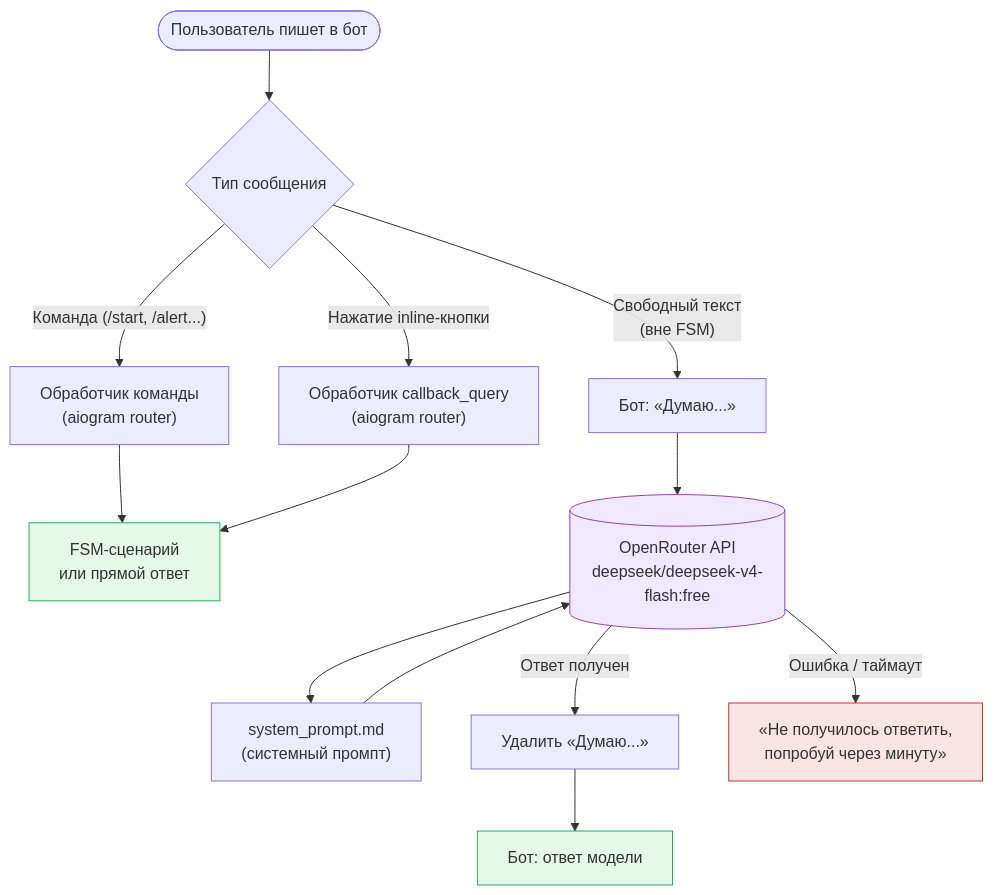
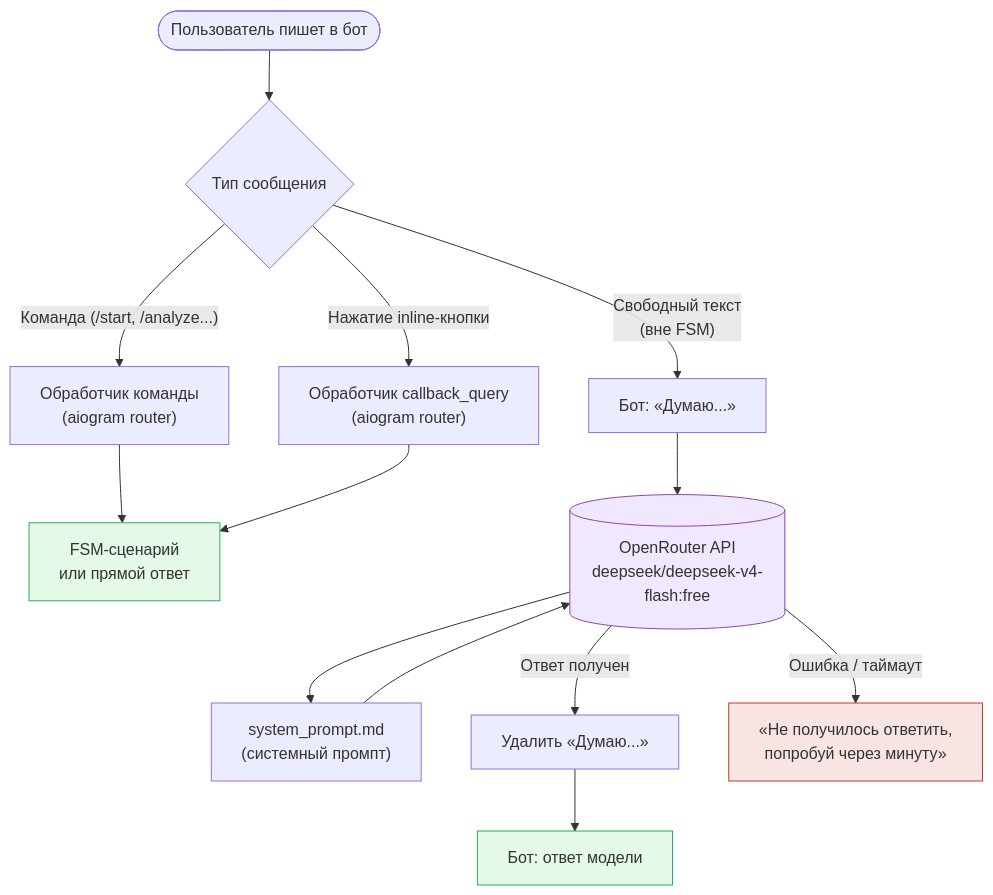
One commit to Shanya111/iron-wake changed the first of 4 diagrams in CLAUDE.md. Above: the diagram before and after it, drawn with Mermaid. The commit also changed other lines of this file and 5 other files, not shown here.

````diff
--- a/CLAUDE.md
+++ b/CLAUDE.md
@@ -571,29 +651,29 @@
 ```mermaid
 flowchart TD
     U(["Пользователь пишет в бот"])
 
     U --> TYPE{Тип сообщения}
 
-    TYPE -->|"Команда (/start, /alert...)"| CMD["Обработчик команды\n(aiogram router)"]
+    TYPE -->|"Команда (/start, /analyze...)"| CMD["Обработчик команды\n(aiogram router)"]
     TYPE -->|"Нажатие inline-кнопки"| CB["Обработчик callback_query\n(aiogram router)"]
     TYPE -->|"Свободный текст\n(вне FSM)"| THINK["Бот: «Думаю...»"]
 
     CMD --> FSM["FSM-сценарий\nили прямой ответ"]
     CB --> FSM
 
     THINK --> OR[("OpenRouter API\ndeepseek/deepseek-v4-flash:free")]
     OR --> SYS["system_prompt.md\n(системный промпт)"]
     SYS --> OR
     OR -->|"Ответ получен"| DEL["Удалить «Думаю...»"]
     OR -->|"Ошибка / таймаут"| ERR["«Не получилось ответить,\nпопробуй через минуту»"]
     DEL --> REPLY["Бот: ответ модели"]
 
     FSM:::bot
     REPLY:::bot
     ERR:::err
     OR:::llm
 
     classDef bot fill:#e4f9e8,stroke:#27ae60,color:#333
     classDef err fill:#f9e4e4,stroke:#c0392b,color:#333
     classDef llm fill:#f0e8ff,stroke:#8e44ad,color:#333
 ```
````
